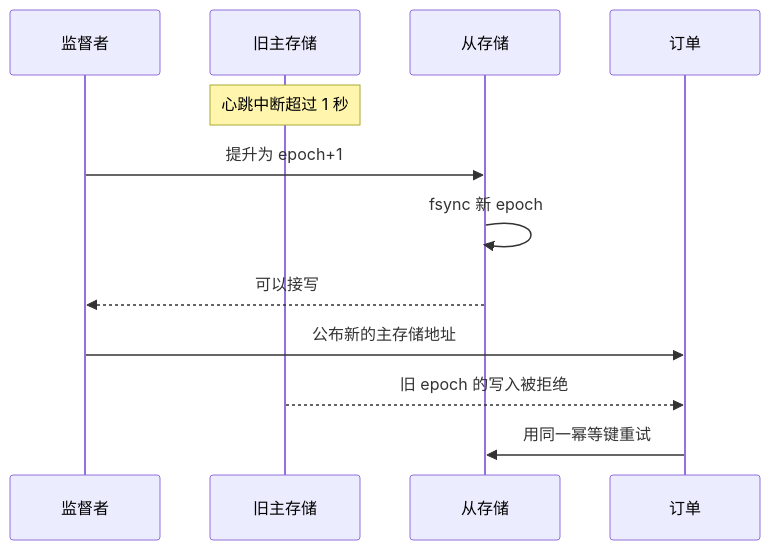
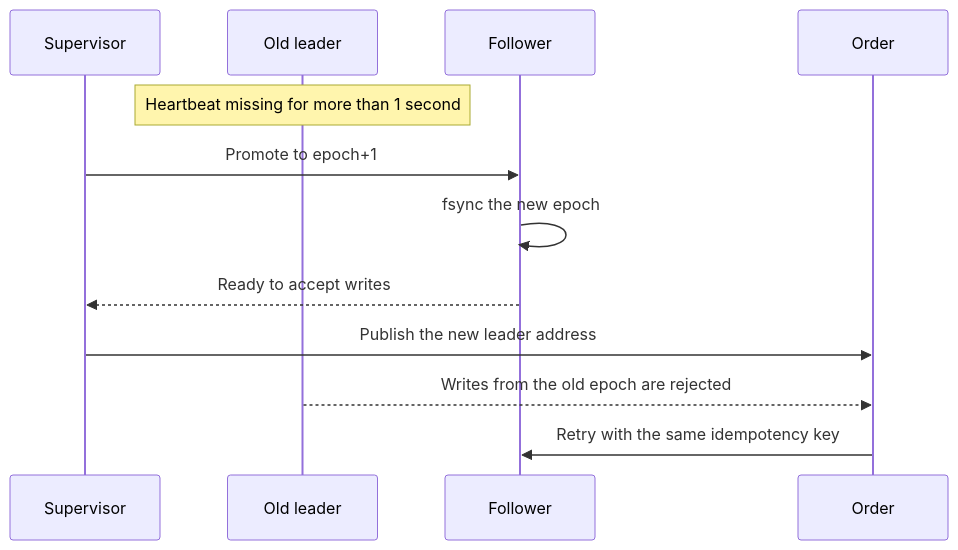
The fifth of 8 diagrams in docs/architecture.md (iamorangedad/OrangeDistributedSystem), drawn with Mermaid before and after one commit. The commit also changed other lines of this file and 52 other files, not shown here.

````diff
--- a/docs/architecture.md
+++ b/docs/architecture.md
@@ -123,14 +123,14 @@
 ```mermaid
 sequenceDiagram
-  participant Sup as 监督者
-  participant Old as 旧主存储
-  participant New as 从存储
-  participant O as 订单
-  Note over Old: 心跳中断超过 1 秒
-  Sup->>New: 提升为 epoch+1
-  New->>New: fsync 新 epoch
-  New-->>Sup: 可以接写
-  Sup->>O: 公布新的主存储地址
-  Old-->>O: 旧 epoch 的写入被拒绝
-  O->>New: 用同一幂等键重试
+  participant Sup as Supervisor
+  participant Old as Old leader
+  participant New as Follower
+  participant O as Order
+  Note over Old: Heartbeat missing for more than 1 second
+  Sup->>New: Promote to epoch+1
+  New->>New: fsync the new epoch
+  New-->>Sup: Ready to accept writes
+  Sup->>O: Publish the new leader address
+  Old-->>O: Writes from the old epoch are rejected
+  O->>New: Retry with the same idempotency key
 ```
````
